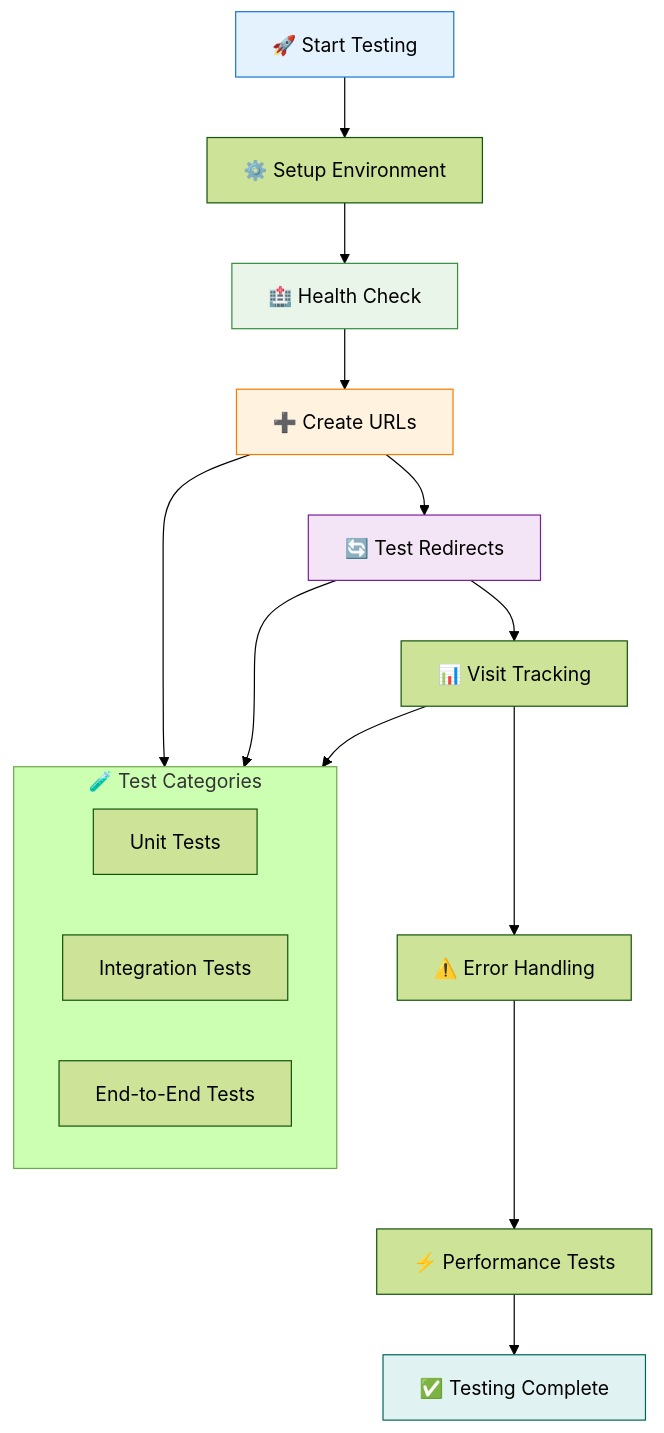
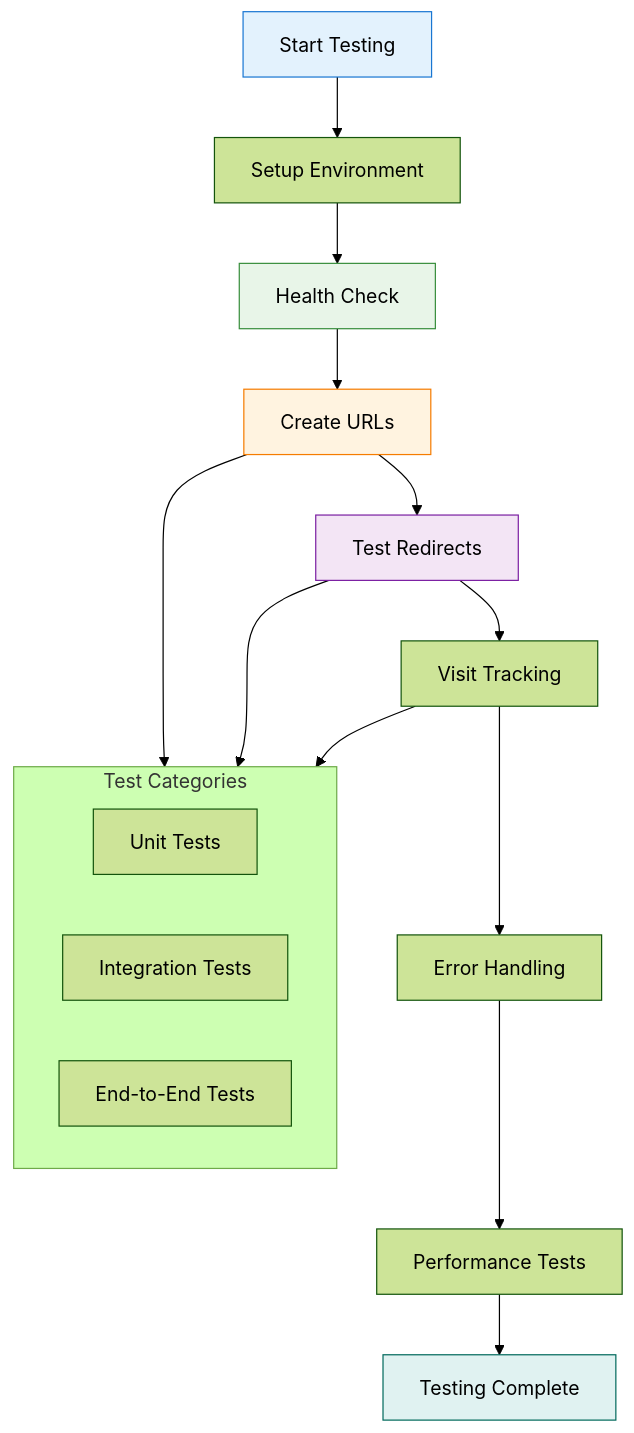
One commit to Shahriarin2garden/url-shortener-lab02-feature-nginx-layer changed diagram 13 of 13 in url-shortener-lab02-feature-nginx-layer/README.md. Above: the diagram before and after it, drawn with Mermaid (forest theme). The commit also changed other lines of this file, not shown here.

````diff
--- a/url-shortener-lab02-feature-nginx-layer/README.md
+++ b/url-shortener-lab02-feature-nginx-layer/README.md
@@ -472,29 +524,29 @@
 ```mermaid
 graph TD
-    Start[🚀 Start Testing] --> Setup[⚙️ Setup Environment]
-    Setup --> Health[🏥 Health Check]
-    
-    Health --> Create[➕ Create URLs]
-    Create --> Redirect[🔄 Test Redirects]
-    Redirect --> Analytics[📊 Visit Tracking]
-    
-    Analytics --> Errors[⚠️ Error Handling]
-    Errors --> Performance[⚡ Performance Tests]
-    Performance --> Complete[✅ Testing Complete]
-    
-    subgraph Tests[🧪 Test Categories]
+    Start[Start Testing] --> Setup[Setup Environment]
+    Setup --> Health[Health Check]
+
+    Health --> Create[Create URLs]
+    Create --> Redirect[Test Redirects]
+    Redirect --> Analytics[Visit Tracking]
+
+    Analytics --> Errors[Error Handling]
+    Errors --> Performance[Performance Tests]
+    Performance --> Complete[Testing Complete]
+
+    subgraph Tests[Test Categories]
         Unit[Unit Tests]
         Integration[Integration Tests]
         E2E[End-to-End Tests]
     end
-    
+
     Create --> Tests
     Redirect --> Tests
     Analytics --> Tests
-    
+
     style Start fill:#e3f2fd,stroke:#1976d2
     style Health fill:#e8f5e8,stroke:#388e3c
     style Create fill:#fff3e0,stroke:#f57c00
     style Redirect fill:#f3e5f5,stroke:#7b1fa2
     style Complete fill:#e0f2f1,stroke:#00695c
 ```
````
